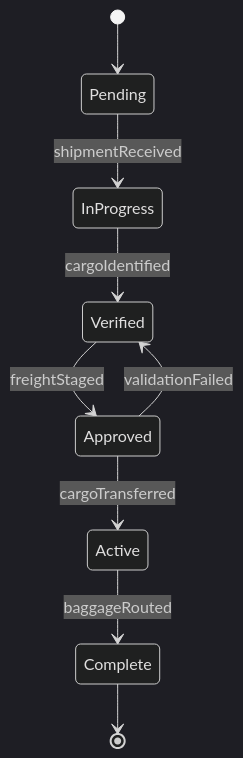
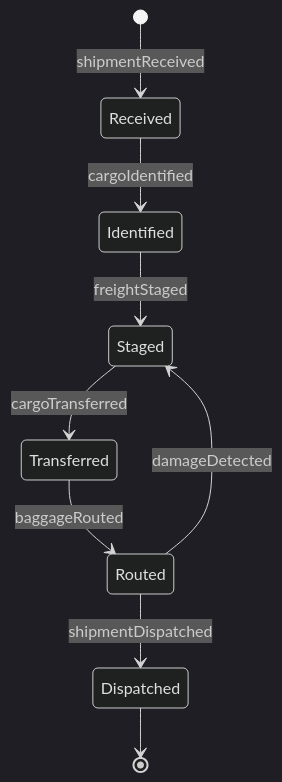
Before and after one commit to dot-org-ai/tasks.org.ai: the second of 4 diagrams in HandlingAndMovingObjects/HandleBaggageOrCargo/HandleCargoFreightBaggage.mdx, drawn with Mermaid (dark theme). The commit also changed other lines of this file and 515 other files, not shown here.

````diff
--- a/HandlingAndMovingObjects/HandleBaggageOrCargo/HandleCargoFreightBaggage.mdx
+++ b/HandlingAndMovingObjects/HandleBaggageOrCargo/HandleCargoFreightBaggage.mdx
@@ -99,11 +100,11 @@
 ```mermaid
 stateDiagram-v2
-    [*] --> Pending
-    Pending --> InProgress : shipmentReceived
-    InProgress --> Verified : cargoIdentified
-    Verified --> Approved : freightStaged
-    Approved --> Active : cargoTransferred
-    Active --> Complete : baggageRouted
-    Approved --> Verified : validationFailed
-    Complete --> [*]
+    [*] --> Received : shipmentReceived
+    Received --> Identified : cargoIdentified
+    Identified --> Staged : freightStaged
+    Staged --> Transferred : cargoTransferred
+    Transferred --> Routed : baggageRouted
+    Routed --> Dispatched : shipmentDispatched
+    Routed --> Staged : damageDetected
+    Dispatched --> [*]
 ```
````
